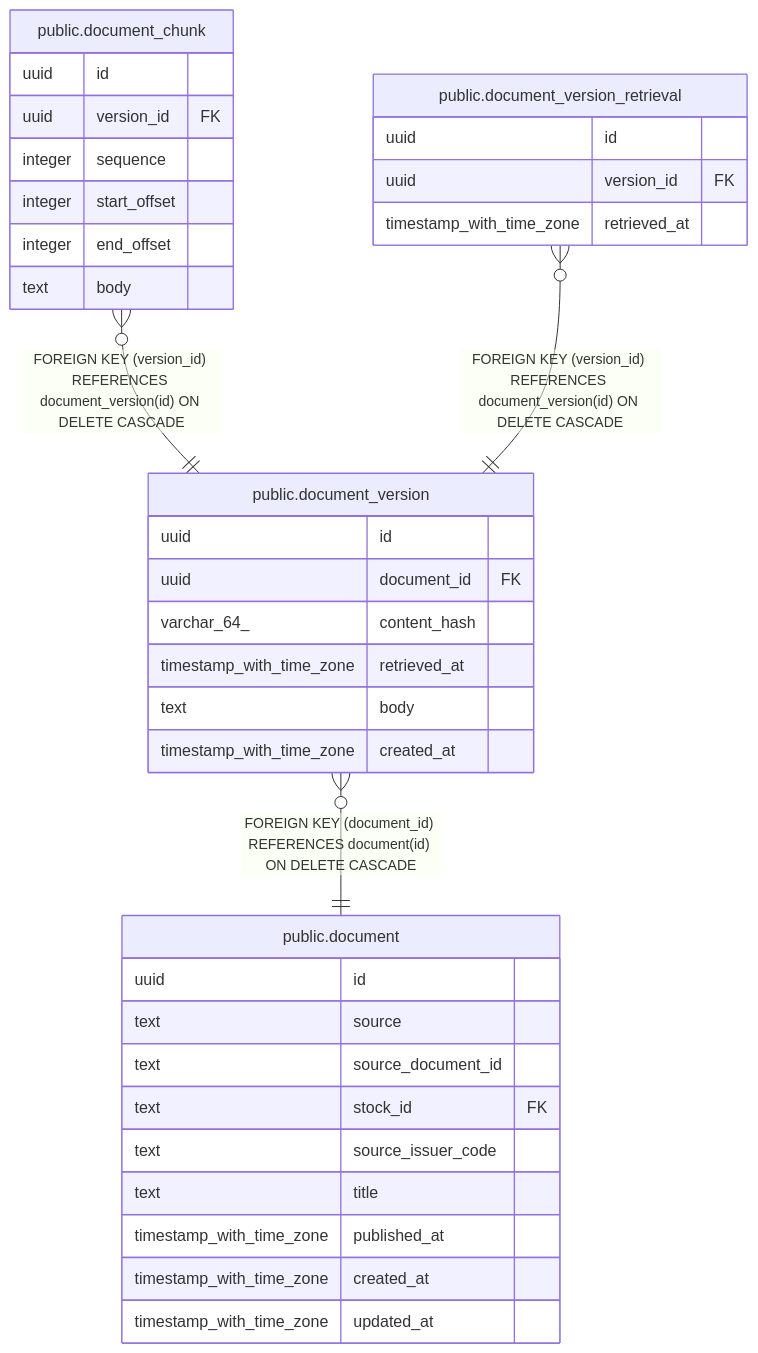
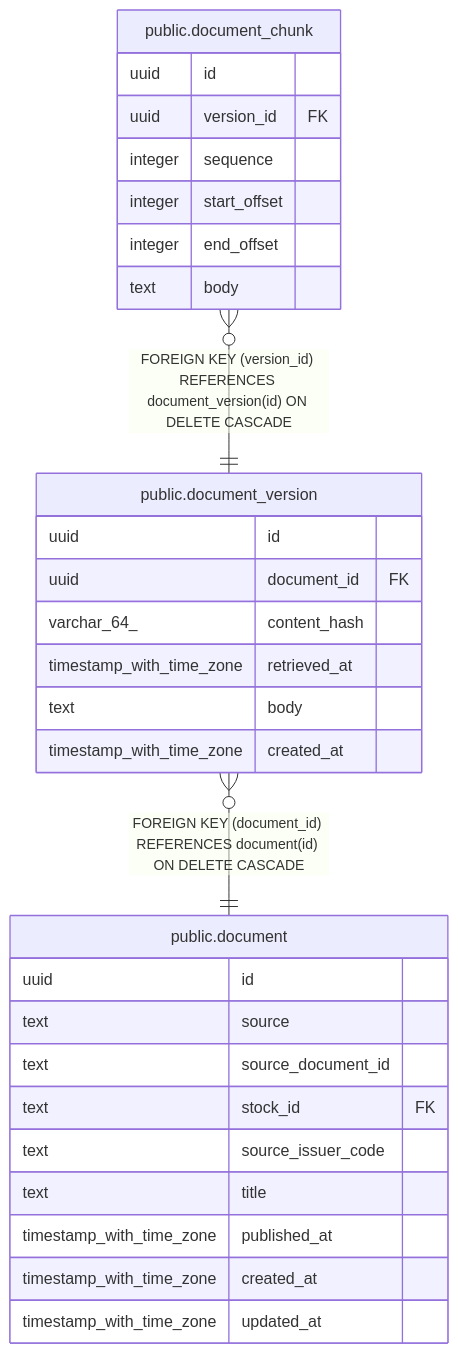
Before and after one commit to fohte/t-rader: the diagram in backend/docs/db/public.document_version.md, drawn with Mermaid. The commit also changed other lines of this file and 12 other files, not shown here.

````diff
--- a/backend/docs/db/public.document_version.md
+++ b/backend/docs/db/public.document_version.md
@@ -41,40 +40,34 @@
 ```mermaid
 erDiagram
 
 "public.document_chunk" }o--|| "public.document_version" : "FOREIGN KEY (version_id) REFERENCES document_version(id) ON DELETE CASCADE"
-"public.document_version_retrieval" }o--|| "public.document_version" : "FOREIGN KEY (version_id) REFERENCES document_version(id) ON DELETE CASCADE"
 "public.document_version" }o--|| "public.document" : "FOREIGN KEY (document_id) REFERENCES document(id) ON DELETE CASCADE"
 
 "public.document_version" {
   uuid id
   uuid document_id FK
   varchar_64_ content_hash
   timestamp_with_time_zone retrieved_at
   text body
   timestamp_with_time_zone created_at
 }
 "public.document_chunk" {
   uuid id
   uuid version_id FK
   integer sequence
   integer start_offset
   integer end_offset
   text body
 }
-"public.document_version_retrieval" {
-  uuid id
-  uuid version_id FK
-  timestamp_with_time_zone retrieved_at
-}
 "public.document" {
   uuid id
   text source
   text source_document_id
   text stock_id FK
   text source_issuer_code
   text title
   timestamp_with_time_zone published_at
   timestamp_with_time_zone created_at
   timestamp_with_time_zone updated_at
 }
 ```
````
